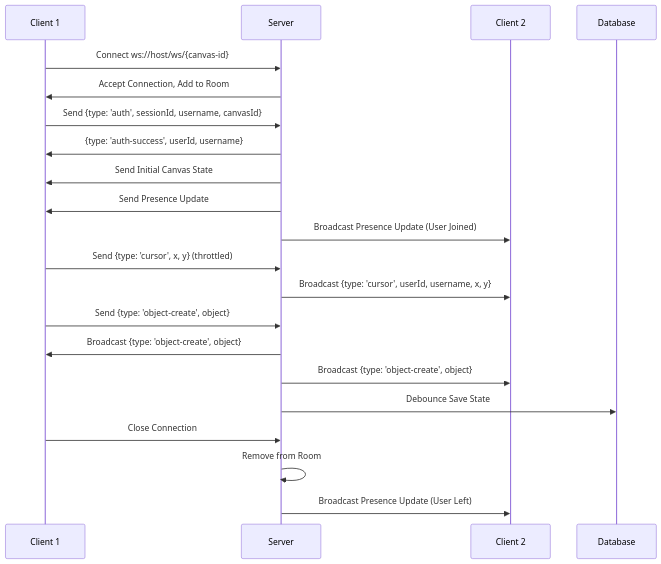
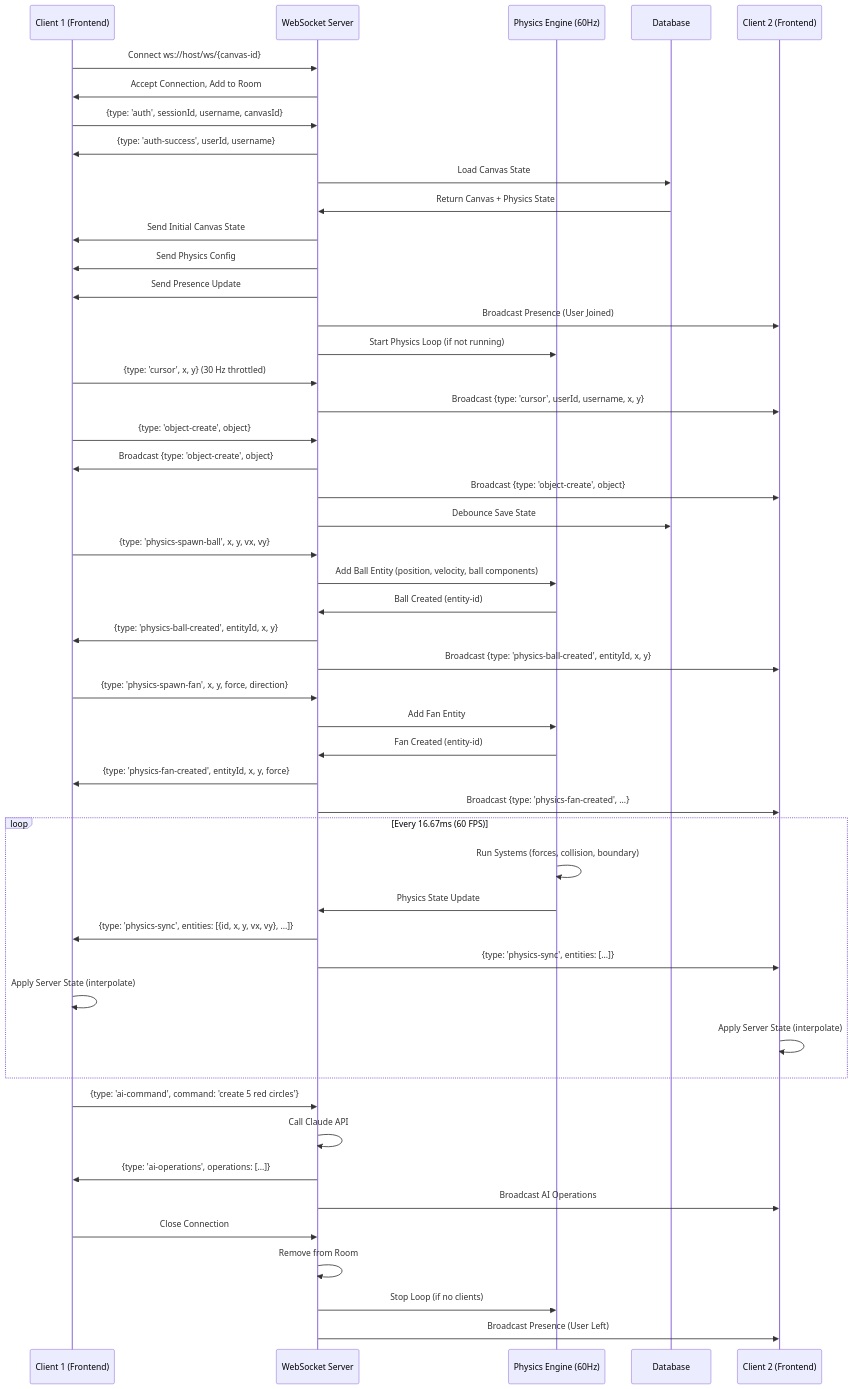
One commit to pyrex41/cl-fun changed the diagram in mermaid/websocket_lifecycle.mermaid. Above: the diagram before and after it, drawn with Mermaid. The commit also changed 7 other files, not shown here.

First line of the commit message:
docs: Update mermaid diagrams with complete physics engine architecture

```diff
--- a/mermaid/websocket_lifecycle.mermaid
+++ b/mermaid/websocket_lifecycle.mermaid
@@ -1,24 +1,65 @@
 sequenceDiagram
-    participant Client1 as Client 1
-    participant Server
-    participant Client2 as Client 2
+    participant Client1 as Client 1 (Frontend)
+    participant Server as WebSocket Server
+    participant PhysicsLoop as Physics Engine (60Hz)
+    participant Database
+    participant Client2 as Client 2 (Frontend)
 
+    %% Connection & Auth
     Client1->>Server: Connect ws://host/ws/{canvas-id}
     Server->>Client1: Accept Connection, Add to Room
-    Client1->>Server: Send {type: 'auth', sessionId, username, canvasId}
+    Client1->>Server: {type: 'auth', sessionId, username, canvasId}
     Server->>Client1: {type: 'auth-success', userId, username}
+    Server->>Database: Load Canvas State
+    Database->>Server: Return Canvas + Physics State
     Server->>Client1: Send Initial Canvas State
+    Server->>Client1: Send Physics Config
     Server->>Client1: Send Presence Update
-    Server->>Client2: Broadcast Presence Update (User Joined)
+    Server->>Client2: Broadcast Presence (User Joined)
+    Server->>PhysicsLoop: Start Physics Loop (if not running)
 
-    Client1->>Server: Send {type: 'cursor', x, y} (throttled)
+    %% Cursor Updates
+    Client1->>Server: {type: 'cursor', x, y} (30 Hz throttled)
     Server->>Client2: Broadcast {type: 'cursor', userId, username, x, y}
 
-    Client1->>Server: Send {type: 'object-create', object}
+    %% Regular Object Operations
+    Client1->>Server: {type: 'object-create', object}
     Server->>Client1: Broadcast {type: 'object-create', object}
     Server->>Client2: Broadcast {type: 'object-create', object}
     Server->>Database: Debounce Save State
 
+    %% Physics Ball Creation
+    Client1->>Server: {type: 'physics-spawn-ball', x, y, vx, vy}
+    Server->>PhysicsLoop: Add Ball Entity (position, velocity, ball components)
+    PhysicsLoop->>Server: Ball Created (entity-id)
+    Server->>Client1: {type: 'physics-ball-created', entityId, x, y}
+    Server->>Client2: Broadcast {type: 'physics-ball-created', entityId, x, y}
+
+    %% Physics Fan Creation
+    Client1->>Server: {type: 'physics-spawn-fan', x, y, force, direction}
+    Server->>PhysicsLoop: Add Fan Entity
+    PhysicsLoop->>Server: Fan Created (entity-id)
+    Server->>Client1: {type: 'physics-fan-created', entityId, x, y, force}
+    Server->>Client2: Broadcast {type: 'physics-fan-created', ...}
+
+    %% Physics Sync Loop (60 Hz)
+    loop Every 16.67ms (60 FPS)
+        PhysicsLoop->>PhysicsLoop: Run Systems (forces, collision, boundary)
+        PhysicsLoop->>Server: Physics State Update
+        Server->>Client1: {type: 'physics-sync', entities: [{id, x, y, vx, vy}, ...]}
+        Server->>Client2: {type: 'physics-sync', entities: [...]}
+        Client1->>Client1: Apply Server State (interpolate)
+        Client2->>Client2: Apply Server State (interpolate)
+    end
+
+    %% AI Agent Command
+    Client1->>Server: {type: 'ai-command', command: 'create 5 red circles'}
+    Server->>Server: Call Claude API
+    Server->>Client1: {type: 'ai-operations', operations: [...]}
+    Server->>Client2: Broadcast AI Operations
+
+    %% Disconnect
     Client1->>Server: Close Connection
     Server->>Server: Remove from Room
-    Server->>Client2: Broadcast Presence Update (User Left)
+    Server->>PhysicsLoop: Stop Loop (if no clients)
+    Server->>Client2: Broadcast Presence (User Left)
```
